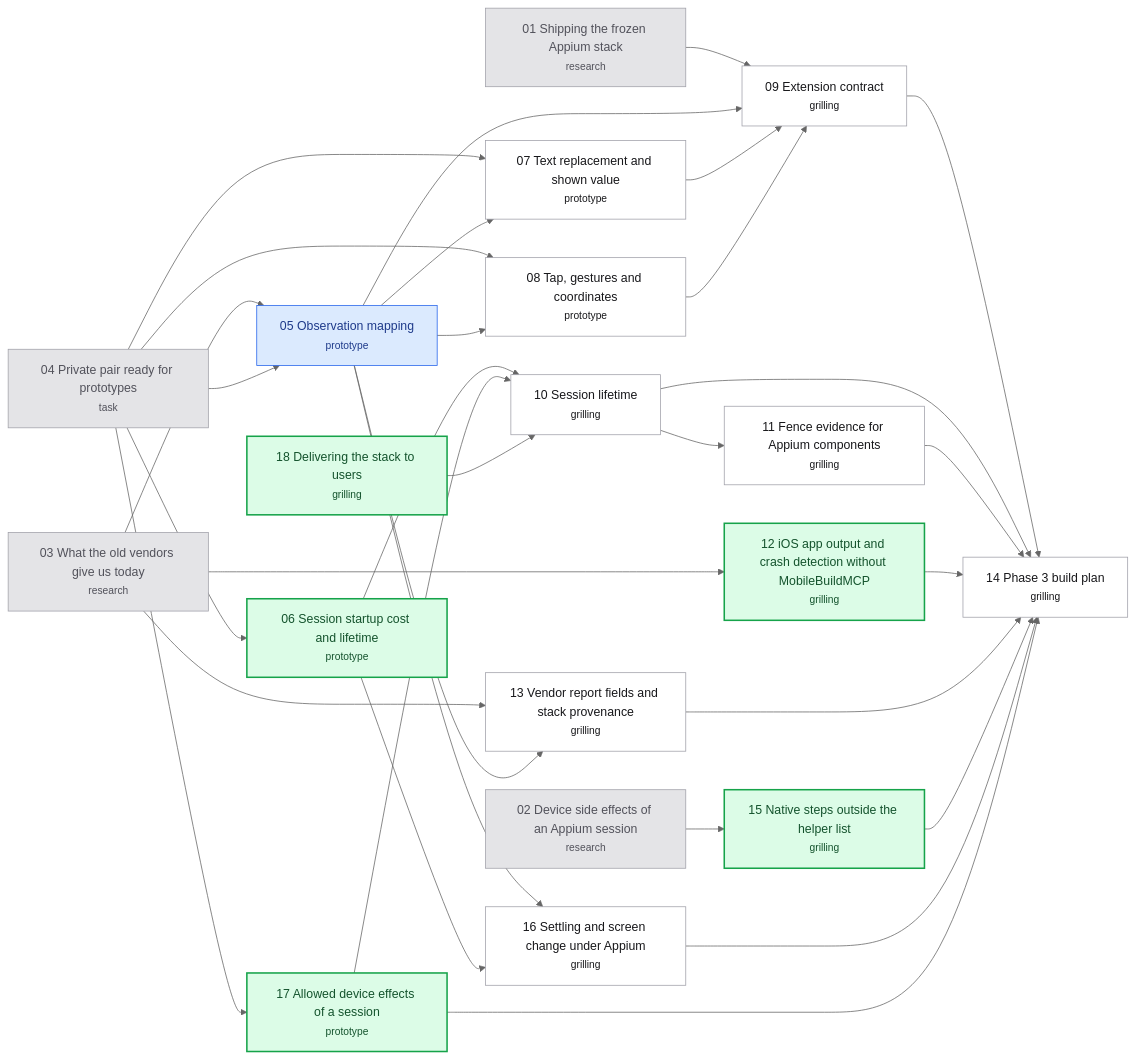
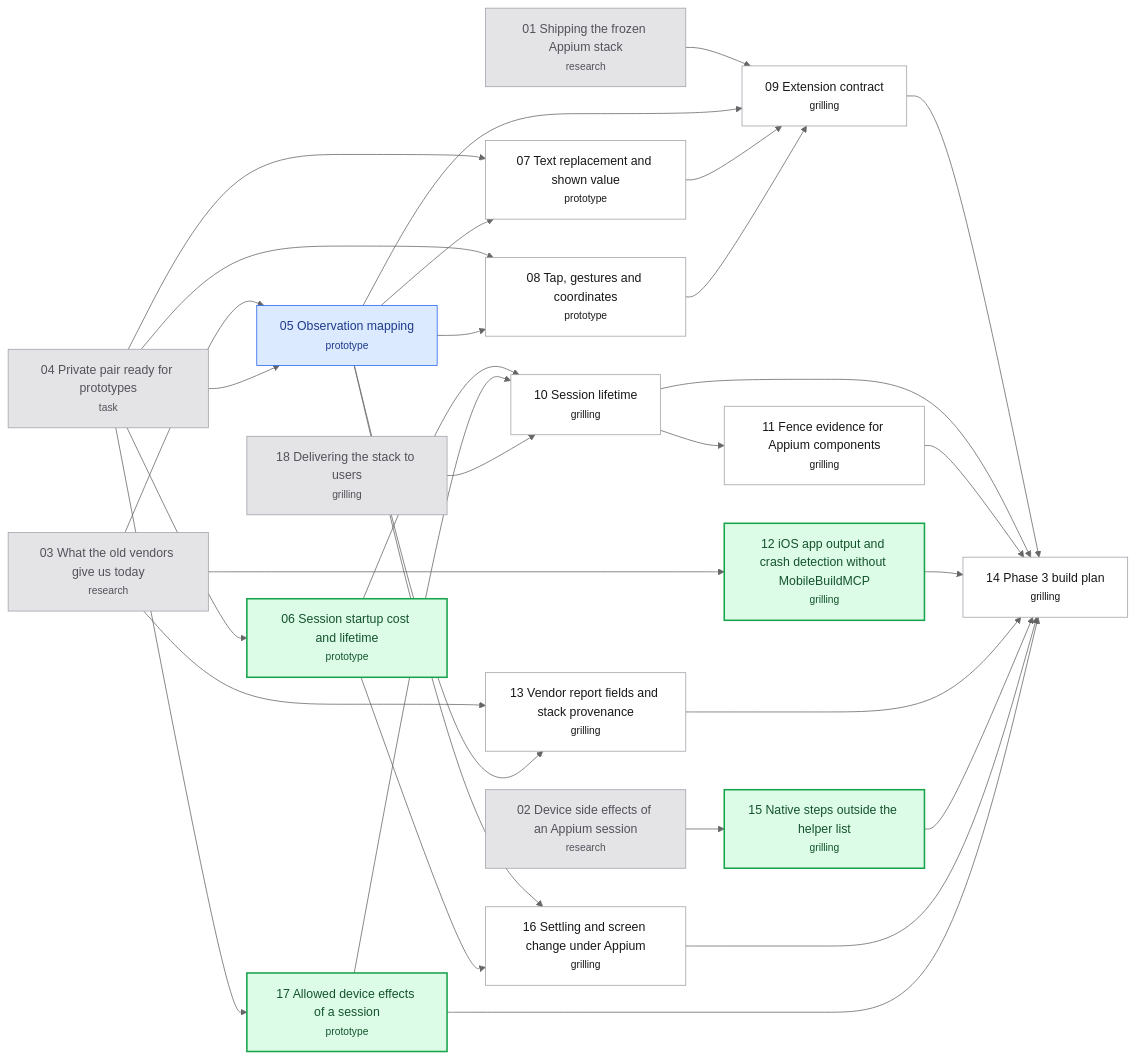
Before and after one commit to hugues-vnsgn/jev-ios-bridge: the diagram in .scratch/appium-phase3/map.md, drawn with Mermaid (neutral theme). The commit also changed other lines of this file and 3 other files, not shown here.

````diff
--- a/.scratch/appium-phase3/map.md
+++ b/.scratch/appium-phase3/map.md
@@ -76,59 +77,59 @@
 ```mermaid
 flowchart LR
     T01["01 Shipping the frozen Appium stack<br/><small>research</small>"]
     T02["02 Device side effects of an Appium session<br/><small>research</small>"]
     T03["03 What the old vendors give us today<br/><small>research</small>"]
     T04["04 Private pair ready for prototypes<br/><small>task</small>"]
     T05["05 Observation mapping<br/><small>prototype</small>"]
     T06["06 Session startup cost and lifetime<br/><small>prototype</small>"]
     T07["07 Text replacement and shown value<br/><small>prototype</small>"]
     T08["08 Tap, gestures and coordinates<br/><small>prototype</small>"]
     T09["09 Extension contract<br/><small>grilling</small>"]
     T10["10 Session lifetime<br/><small>grilling</small>"]
     T11["11 Fence evidence for Appium components<br/><small>grilling</small>"]
     T12["12 iOS app output and crash detection without MobileBuildMCP<br/><small>grilling</small>"]
     T13["13 Vendor report fields and stack provenance<br/><small>grilling</small>"]
     T14["14 Phase 3 build plan<br/><small>grilling</small>"]
     T15["15 Native steps outside the helper list<br/><small>grilling</small>"]
     T16["16 Settling and screen change under Appium<br/><small>grilling</small>"]
     T17["17 Allowed device effects of a session<br/><small>prototype</small>"]
     T18["18 Delivering the stack to users<br/><small>grilling</small>"]
     T03 --> T05
     T04 --> T05
     T04 --> T06
     T04 --> T07
     T05 --> T07
     T04 --> T08
     T05 --> T08
     T01 --> T09
     T05 --> T09
     T07 --> T09
     T08 --> T09
     T06 --> T10
     T17 --> T10
     T18 --> T10
     T10 --> T11
     T03 --> T12
     T03 --> T13
     T05 --> T13
     T09 --> T14
     T10 --> T14
     T11 --> T14
     T12 --> T14
     T13 --> T14
     T15 --> T14
     T16 --> T14
     T17 --> T14
     T02 --> T15
     T05 --> T16
     T06 --> T16
     T04 --> T17
     classDef resolved fill:#e4e4e7,stroke:#a1a1aa,color:#52525b
     classDef claimed fill:#dbeafe,stroke:#2563eb,color:#1e3a8a
     classDef frontier fill:#dcfce7,stroke:#16a34a,color:#14532d,stroke-width:2px
     classDef blocked fill:#ffffff,stroke:#a1a1aa,color:#18181b
-    class T01,T02,T03,T04 resolved
+    class T01,T02,T03,T04,T18 resolved
     class T05 claimed
-    class T06,T12,T15,T17,T18 frontier
+    class T06,T12,T15,T17 frontier
     class T07,T08,T09,T10,T11,T13,T14,T16 blocked
 ```
````
